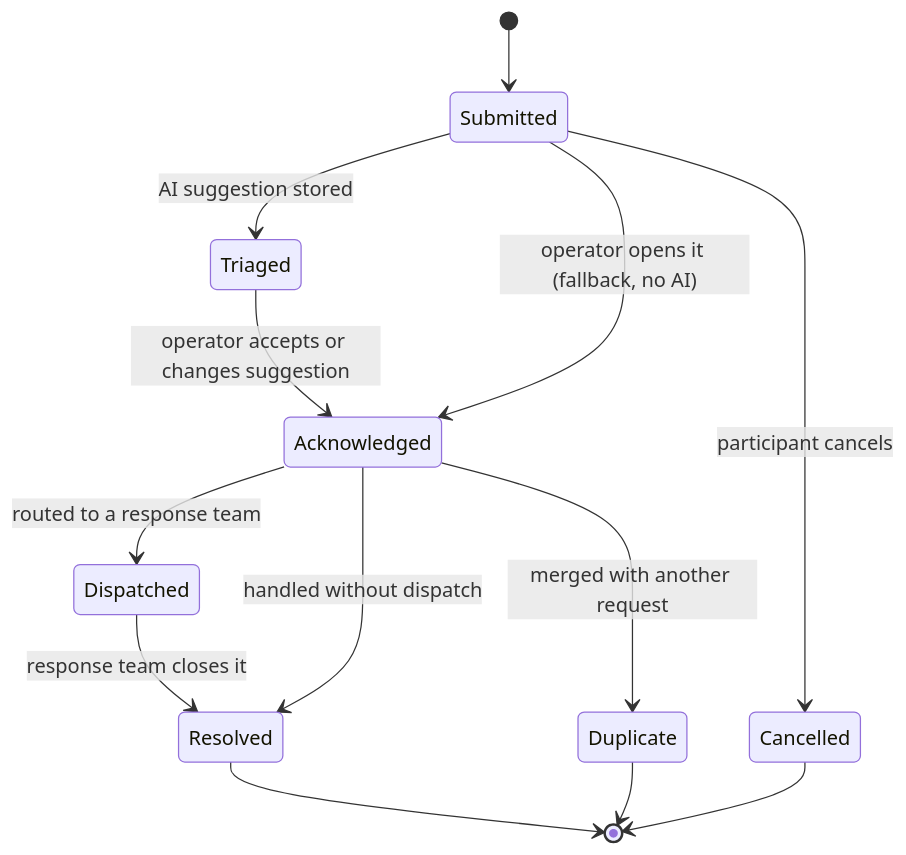
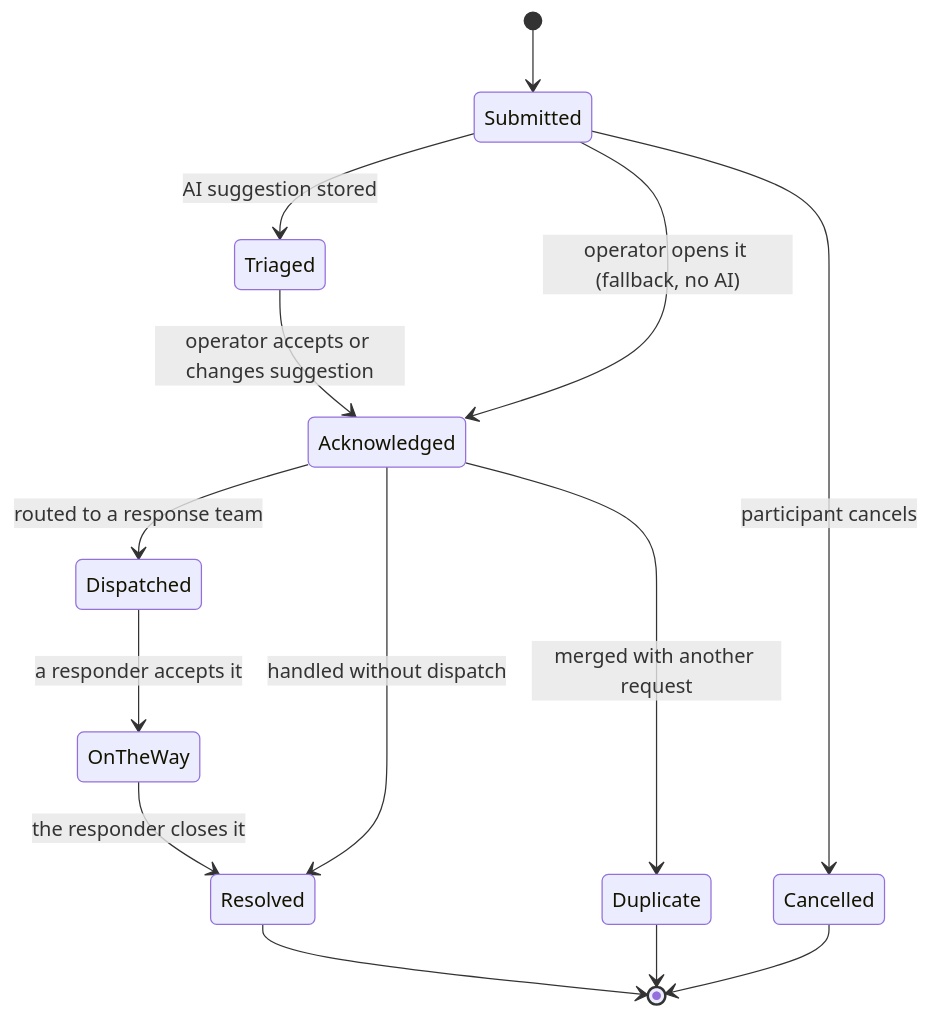
The third of 8 diagrams in Docs/Product/user-workflows.md (tomasoliveira21/LABDSOF), drawn with Mermaid before and after one commit. The commit also changed other lines of this file and 12 other files, not shown here.

````diff
--- a/Docs/Product/user-workflows.md
+++ b/Docs/Product/user-workflows.md
@@ -89,15 +115,16 @@
 ```mermaid
 stateDiagram-v2
     [*] --> Submitted
     Submitted --> Triaged: AI suggestion stored
     Submitted --> Acknowledged: operator opens it (fallback, no AI)
     Triaged --> Acknowledged: operator accepts or changes suggestion
     Acknowledged --> Dispatched: routed to a response team
     Acknowledged --> Resolved: handled without dispatch
-    Dispatched --> Resolved: response team closes it
+    Dispatched --> OnTheWay: a responder accepts it
+    OnTheWay --> Resolved: the responder closes it
     Submitted --> Cancelled: participant cancels
     Acknowledged --> Duplicate: merged with another request
     Resolved --> [*]
     Cancelled --> [*]
     Duplicate --> [*]
 ```
````
